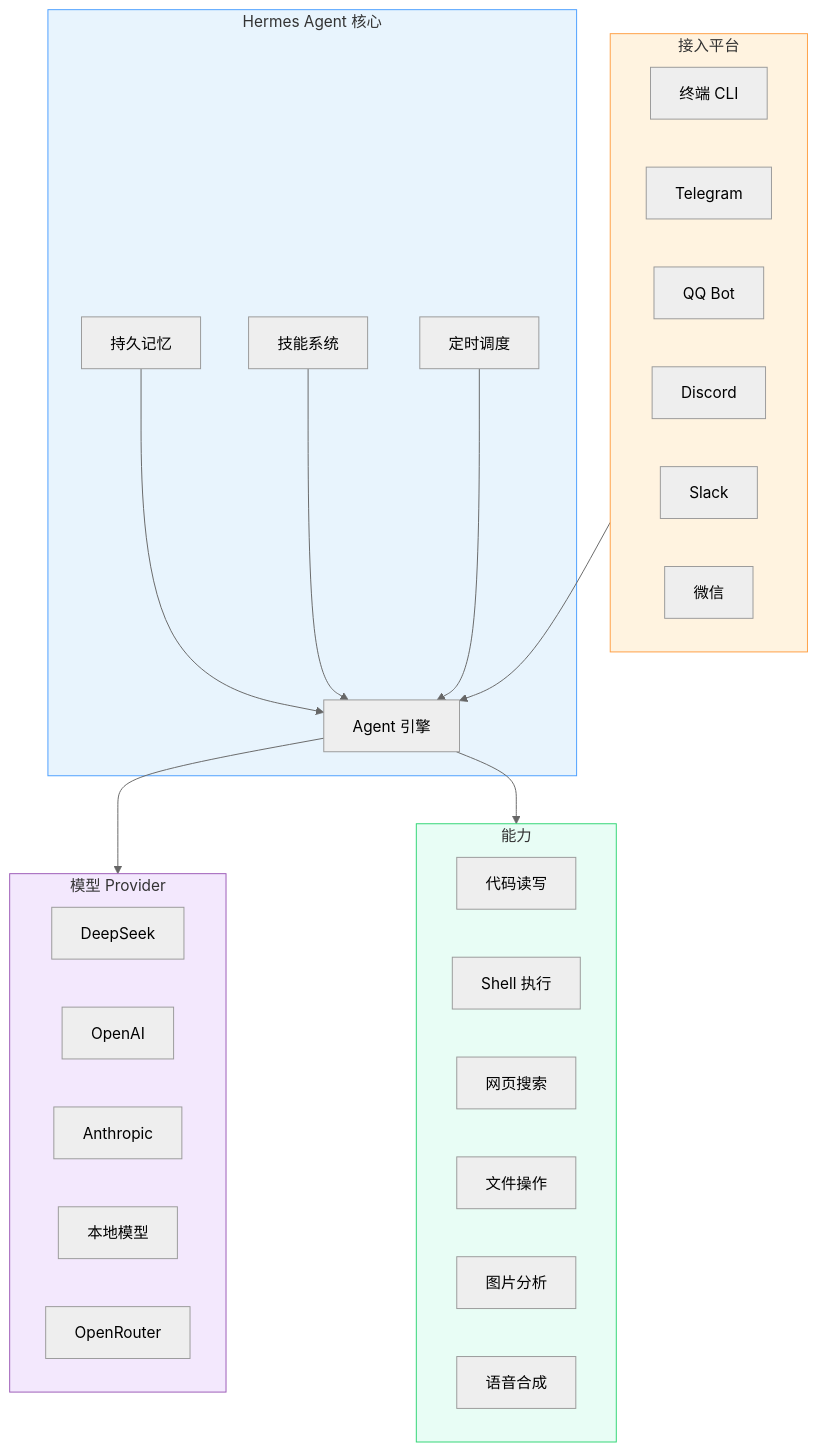
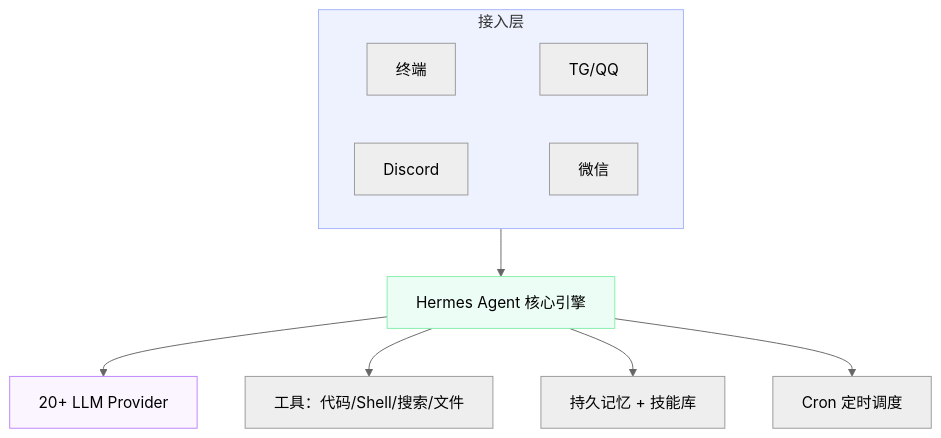
The diagram in posts/tech/hermes-agent-review.md (shen8614/shen_boke), drawn with Mermaid (neutral theme) before and after one commit. The commit also changed 6 other files, not shown here.

Commit message:
UI 精细化：Inter 字体、点阵/网格背景、精简 Mermaid 图表、Linear 风格配色

````diff
--- a/posts/tech/hermes-agent-review.md
+++ b/posts/tech/hermes-agent-review.md
@@ -18,47 +18,16 @@
 ```mermaid
 graph TB
-    subgraph Hermes[Hermes Agent 核心]
-        CORE[Agent 引擎]
-        MEM[持久记忆]
-        SKILL[技能系统]
-        CRON[定时调度]
+    subgraph IN[接入层]
+        CLI[终端] ~~~ TG[TG/QQ]
+        DC[Discord] ~~~ WX[微信]
     end
+    IN --> CORE[Hermes Agent 核心引擎]
+    CORE --> LLM[20+ LLM Provider]
+    CORE --> TOOL[工具：代码/Shell/搜索/文件]
+    CORE --> MEM[持久记忆 + 技能库]
+    CORE --> CRON[Cron 定时调度]
 
-    subgraph Platforms[接入平台]
-        CLI[终端 CLI]
-        TG[Telegram]
-        QQ[QQ Bot]
-        DC[Discord]
-        SL[Slack]
-        WX[微信]
-    end
-
-    subgraph Capabilities[能力]
-        CODE[代码读写]
-        SHELL[Shell 执行]
-        WEB[网页搜索]
-        FILE[文件操作]
-        IMG[图片分析]
-        TTS[语音合成]
-    end
-
-    subgraph LLM_Providers[模型 Provider]
-        DS[DeepSeek]
-        OA[OpenAI]
-        AN[Anthropic]
-        LOCAL[本地模型]
-        OR[OpenRouter]
-    end
-
-    Platforms --> CORE
-    CORE --> LLM_Providers
-    CORE --> Capabilities
-    MEM --> CORE
-    SKILL --> CORE
-    CRON --> CORE
-
-    style Hermes fill:#e8f4fd,stroke:#4a9eff
-    style Platforms fill:#fff3e0,stroke:#ff9f43
-    style Capabilities fill:#e8fdf5,stroke:#2ed573
-    style LLM_Providers fill:#f3e8fd,stroke:#9b59b6
+    style IN fill:#eef2ff,stroke:#a5b4fc
+    style CORE fill:#ecfdf5,stroke:#86efac
+    style LLM fill:#faf5ff,stroke:#c084fc
 ```
````
